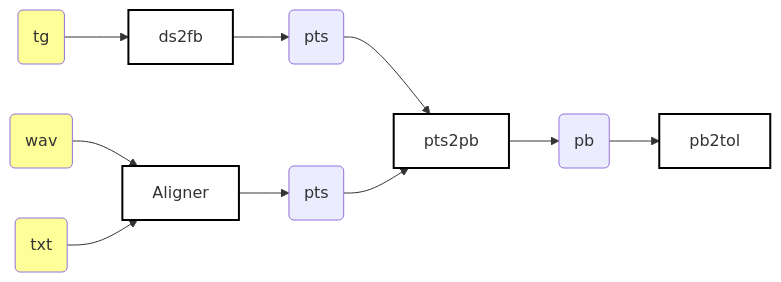
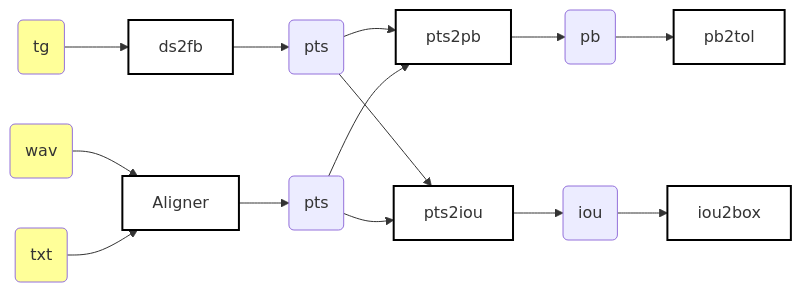
One commit to falabrasil/ufpalign changed the second of 2 diagrams in simulation/README.md. Above: the diagram before and after it, drawn with Mermaid. The commit also changed other lines of this file and 5 other files, not shown here.

````diff
--- a/simulation/README.md
+++ b/simulation/README.md
@@ -180,24 +185,32 @@
 ```mermaid
 graph LR;
-    tg(tg)              --> ds2fb;
+		tg(tg)              --> ds2fb;
     ds2fb[ds2fb]        --> pts1(pts);
 
     wav(wav)            --> aligner;
     txt(txt)            --> aligner;
     aligner[Aligner]    --> pts2(pts);
 
     pts1                --> pts2pb;
     pts2                --> pts2pb;
     pts2pb[pts2pb]      --> pb(pb);
 
     pb                  --> pb2tol[pb2tol];
+    
+    pts1                --> pts2iou;
+    pts2                --> pts2iou;
+    pts2iou[pts2iou]    --> iou(iou);
+    
+    iou                 --> iou2box[iou2box];
 
     style ds2fb         stroke-width:2px,stroke:#000,fill:#fff
     style aligner       stroke-width:2px,stroke:#000,fill:#fff
     style pts2pb        stroke-width:2px,stroke:#000,fill:#fff
     style pb2tol        stroke-width:2px,stroke:#000,fill:#fff
+    style pts2iou       stroke-width:2px,stroke:#000,fill:#fff
+    style iou2box       stroke-width:2px,stroke:#000,fill:#fff
 
     style tg            fill:#ff9
     style wav           fill:#ff9
     style txt           fill:#ff9
 ```
````
